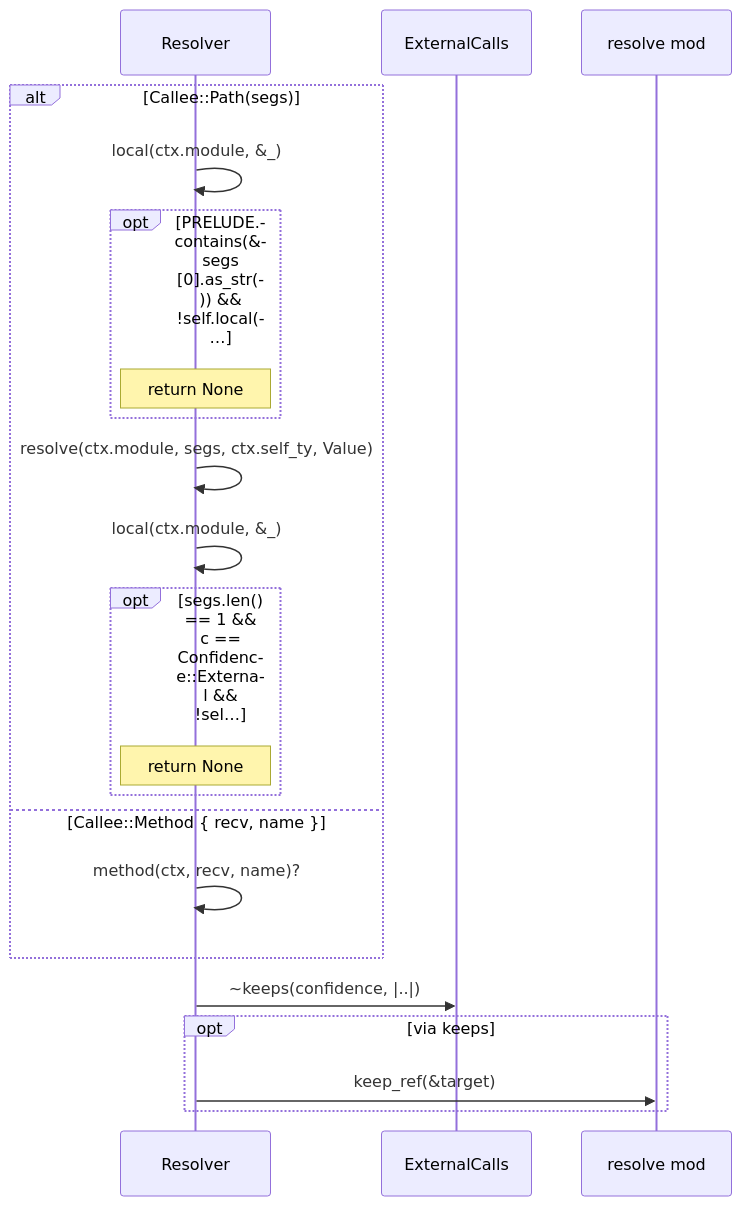
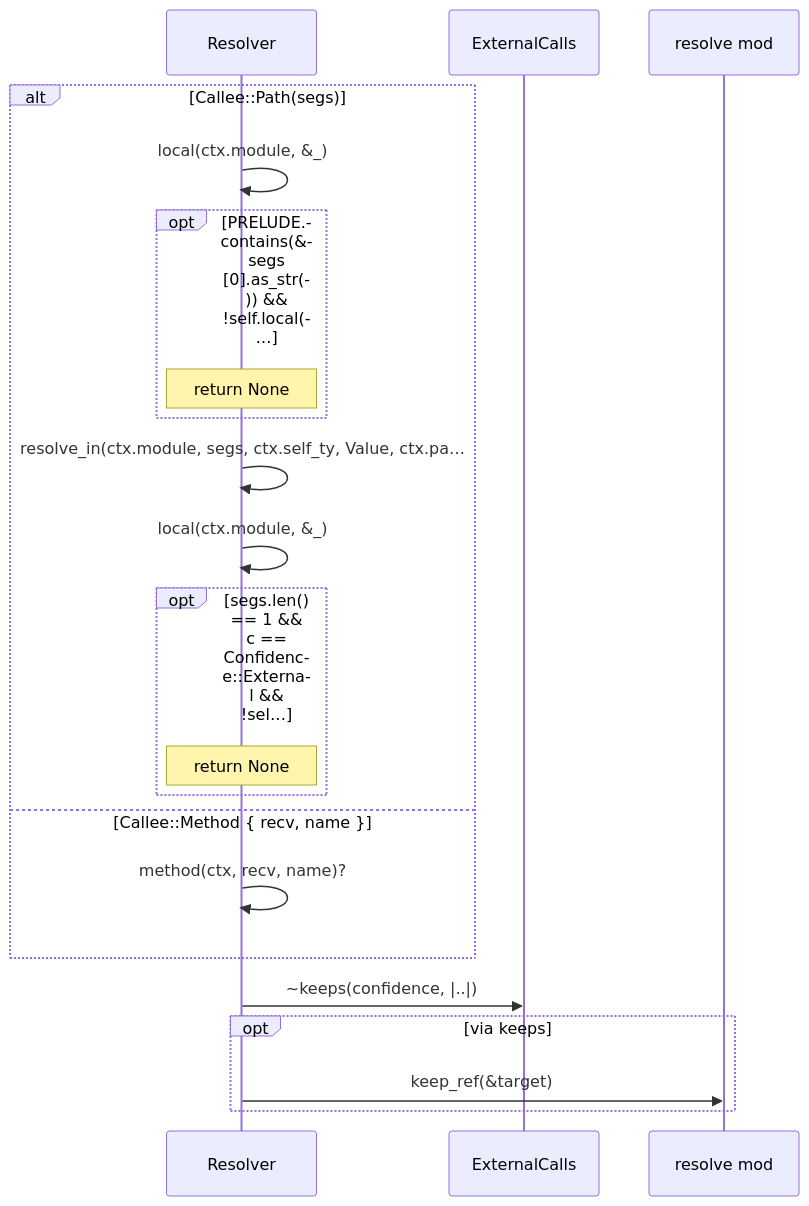
Diagram 21 of 25 in docs/sealmap/crates/sealmap-rust/src/resolve.rs.md (DreamLab-AI/codemaid), drawn with Mermaid before and after one commit. The commit also changed other lines of this file and 8 other files, not shown here.

First line of the commit message:
fix(sealmap-rust): resolve generic parameters from declared scope, not name shape

````diff
--- a/docs/sealmap/crates/sealmap-rust/src/resolve.rs.md
+++ b/docs/sealmap/crates/sealmap-rust/src/resolve.rs.md
@@ -513,23 +582,23 @@
 ```mermaid
 sequenceDiagram
   participant sealmap_rust__resolve___tResolver as Resolver
   participant sealmap_extract__confidence___tExternalCalls as ExternalCalls
   participant sealmap_rust__resolve as resolve mod
   alt Callee::Path(segs)
     sealmap_rust__resolve___tResolver->>sealmap_rust__resolve___tResolver: local(ctx.module, &_)
     opt PRELUDE.contains(&segs [0].as_str()) && !self.local(…
       Note over sealmap_rust__resolve___tResolver: return None
     end
-    sealmap_rust__resolve___tResolver->>sealmap_rust__resolve___tResolver: resolve(ctx.module, segs, ctx.self_ty, Value)
+    sealmap_rust__resolve___tResolver->>sealmap_rust__resolve___tResolver: resolve_in(ctx.module, segs, ctx.self_ty, Value, ctx.pa…
     sealmap_rust__resolve___tResolver->>sealmap_rust__resolve___tResolver: local(ctx.module, &_)
     opt segs.len() == 1 && c == Confidence::External && !sel…
       Note over sealmap_rust__resolve___tResolver: return None
     end
   else Callee::Method { recv, name }
     sealmap_rust__resolve___tResolver->>sealmap_rust__resolve___tResolver: method(ctx, recv, name)?
   end
   sealmap_rust__resolve___tResolver->>sealmap_extract__confidence___tExternalCalls: ~keeps(confidence, |..|)
   opt via keeps
     sealmap_rust__resolve___tResolver->>sealmap_rust__resolve: keep_ref(&target)
   end
 ```
````
